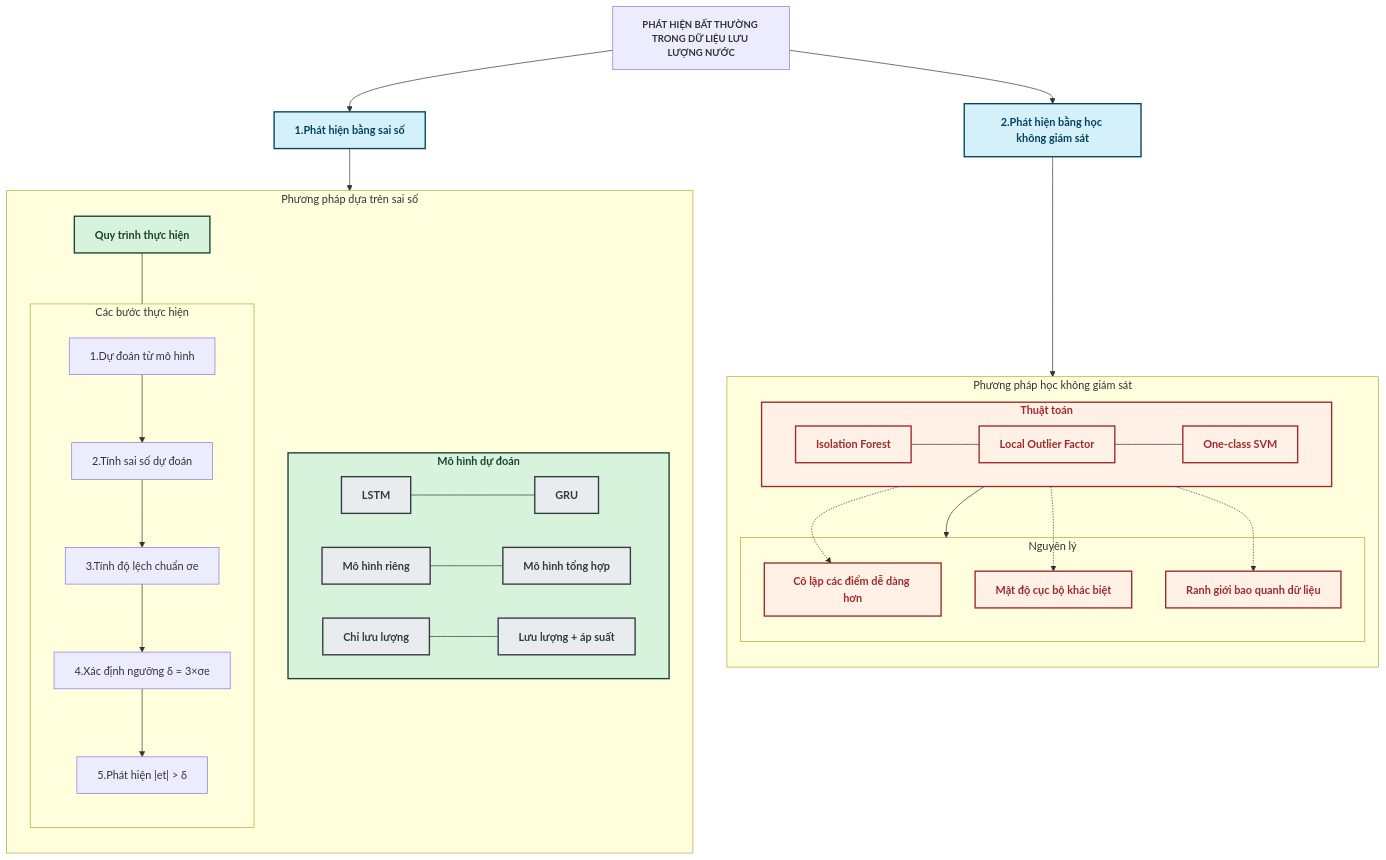
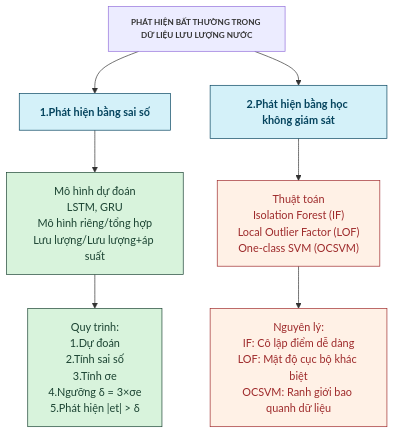
The diagram in memaid_diagram/luoc_do_tong_quan_phat_hien_bat_thuong.mmd (boringman21/NghiaPham_ThesisV1), drawn with Mermaid before and after one commit. The commit also changed 3 other files, not shown here.

```diff
--- a/memaid_diagram/luoc_do_tong_quan_phat_hien_bat_thuong.mmd
+++ b/memaid_diagram/luoc_do_tong_quan_phat_hien_bat_thuong.mmd
@@ -1,77 +1,19 @@
-flowchart TB
-    classDef methodClass fill:#d4f1f9,stroke:#05445E,stroke-width:2px,color:#05445E,font-weight:bold
-    classDef supervisedClass fill:#d8f3dc,stroke:#1B4332,stroke-width:2px,color:#1B4332,font-weight:bold
-    classDef unsupervisedClass fill:#fff1e6,stroke:#9E2A2B,stroke-width:2px,color:#9E2A2B,font-weight:bold
-    classDef modelClass fill:#e9ecef,stroke:#343a40,stroke-width:2px,color:#343a40,font-weight:bold
-    classDef titleClass font-weight:bold,font-size:14px
+flowchart TD
+    classDef methodClass fill:#d4f1f9,stroke:#05445E,stroke-width:1px,color:#05445E,font-weight:bold
+    classDef supervisedClass fill:#d8f3dc,stroke:#1B4332,stroke-width:1px,color:#1B4332
+    classDef unsupervisedClass fill:#fff1e6,stroke:#9E2A2B,stroke-width:1px,color:#9E2A2B
+    classDef modelClass fill:#e9ecef,stroke:#343a40,stroke-width:1px,color:#343a40
+    classDef titleClass font-weight:bold,font-size:12px
     
     Title["PHÁT HIỆN BẤT THƯỜNG TRONG DỮ LIỆU LƯU LƯỢNG NƯỚC"]:::titleClass
     
-    Title --> Method1["1.Phát hiện bằng sai số"]
-    Title --> Method2["2.Phát hiện bằng học không giám sát"]
+    Title --> Method1["1.Phát hiện bằng sai số"]:::methodClass
+    Title --> Method2["2.Phát hiện bằng học không giám sát"]:::methodClass
     
-    subgraph SupervisedMethod ["Phương pháp dựa trên sai số"]
-        direction TB
-        M1Process["Quy trình thực hiện"]
-        
-        subgraph Models ["Mô hình dự đoán"]
-            direction LR
-            LSTM["LSTM"] --- GRU["GRU"]
-            SingleModel["Mô hình riêng"] --- CombinedModel["Mô hình tổng hợp"]
-            FlowOnly["Chỉ lưu lượng"] --- FlowPressure["Lưu lượng + áp suất"]
-        end
-        
-        subgraph M1Steps ["Các bước thực hiện"]
-            direction TB
-            Step1["1.Dự đoán từ mô hình"] --> 
-            Step2["2.Tính sai số dự đoán"] -->
-            Step3["3.Tính độ lệch chuẩn σe"] -->
-            Step4["4.Xác định ngưỡng δ = 3×σe"] -->
-            Step5["5.Phát hiện |et| > δ"]
-        end
-        
-        M1Process --- M1Steps
-    end
+    Method1 --> Models["Mô hình dự đoán<br>LSTM, GRU<br>Mô hình riêng/tổng hợp<br>Lưu lượng/Lưu lượng+áp suất"]:::supervisedClass
     
-    subgraph UnsupervisedMethod ["Phương pháp học không giám sát"]
-        direction TB
-        
-        subgraph Algorithms ["Thuật toán"]
-            direction LR
-            IF["Isolation Forest"] --- LOF["Local Outlier Factor"] --- OCSVM["One-class SVM"]
-        end
-        
-        subgraph Principles ["Nguyên lý"]
-            IFP["Cô lập các điểm dễ dàng hơn"] 
-            LOFP["Mật độ cục bộ khác biệt"]
-            OCSVMP["Ranh giới bao quanh dữ liệu"]
-        end
-        
-        Algorithms --> Principles
-        IF -.-> IFP
-        LOF -.-> LOFP
-        OCSVM -.-> OCSVMP
-    end
+    Models --> Steps["Quy trình:<br>1.Dự đoán<br>2.Tính sai số<br>3.Tính σe<br>4.Ngưỡng δ = 3×σe<br>5.Phát hiện |et| > δ"]:::supervisedClass
     
-    Method1 --> SupervisedMethod
-    Method2 --> UnsupervisedMethod
+    Method2 --> Algs["Thuật toán<br>Isolation Forest (IF)<br>Local Outlier Factor (LOF)<br>One-class SVM (OCSVM)"]:::unsupervisedClass
     
-    %% Styling
-    Method1:::methodClass
-    Method2:::methodClass
-    M1Process:::supervisedClass
-    Models:::supervisedClass
-    LSTM:::modelClass
-    GRU:::modelClass
-    SingleModel:::modelClass
-    CombinedModel:::modelClass
-    FlowOnly:::modelClass
-    FlowPressure:::modelClass
-    
-    Algorithms:::unsupervisedClass
-    IF:::unsupervisedClass
-    LOF:::unsupervisedClass
-    OCSVM:::unsupervisedClass
-    IFP:::unsupervisedClass
-    LOFP:::unsupervisedClass
-    OCSVMP:::unsupervisedClass                
+    Algs --> Principles["Nguyên lý:<br>IF: Cô lập điểm dễ dàng<br>LOF: Mật độ cục bộ khác biệt<br>OCSVM: Ranh giới bao quanh dữ liệu"]:::unsupervisedClass                
```
